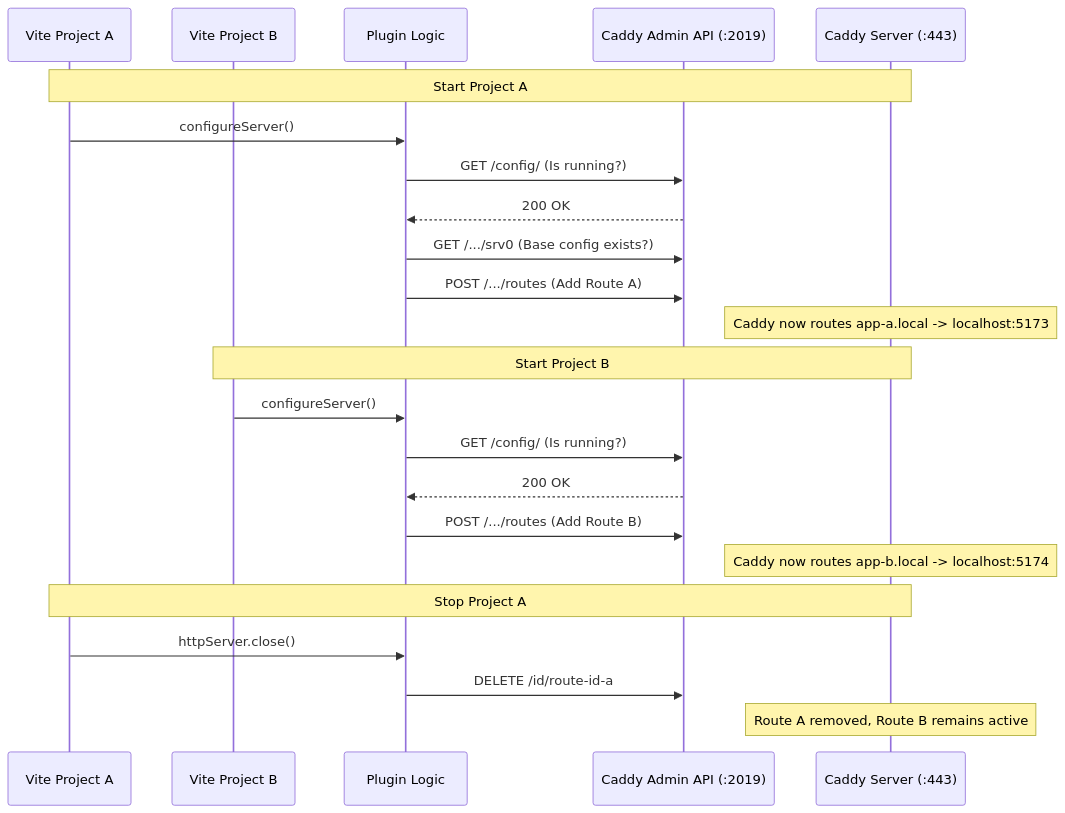
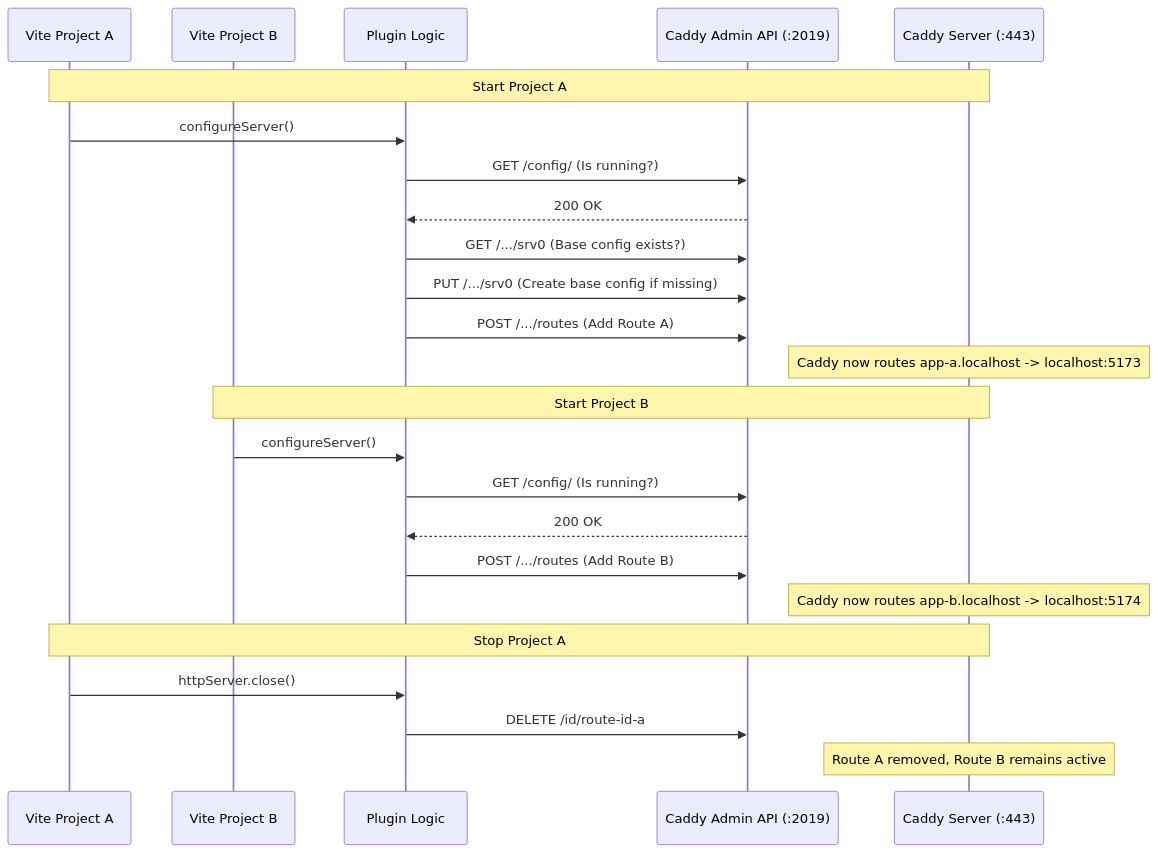
One commit to vampaz/vite-plugin-caddy-multiple-tls changed the diagram in ARCHITECTURE.md. Above: the diagram before and after it, drawn with Mermaid. The commit also changed other lines of this file and 1 other file, not shown here.

Commit message:
Update documentation for localhost domains and cleanup processes

````diff
--- a/ARCHITECTURE.md
+++ b/ARCHITECTURE.md
@@ -15,28 +15,29 @@
 ```mermaid
 sequenceDiagram
     participant ViteA as Vite Project A
     participant ViteB as Vite Project B
     participant Plugin as Plugin Logic
     participant API as Caddy Admin API (:2019)
     participant Caddy as Caddy Server (:443)
 
     Note over ViteA, Caddy: Start Project A
     ViteA->>Plugin: configureServer()
     Plugin->>API: GET /config/ (Is running?)
     API-->>Plugin: 200 OK
     Plugin->>API: GET /.../srv0 (Base config exists?)
+    Plugin->>API: PUT /.../srv0 (Create base config if missing)
     Plugin->>API: POST /.../routes (Add Route A)
-    Note over Caddy: Caddy now routes app-a.local -> localhost:5173
+    Note over Caddy: Caddy now routes app-a.localhost -> localhost:5173
 
     Note over ViteB, Caddy: Start Project B
     ViteB->>Plugin: configureServer()
     Plugin->>API: GET /config/ (Is running?)
     API-->>Plugin: 200 OK
     Plugin->>API: POST /.../routes (Add Route B)
-    Note over Caddy: Caddy now routes app-b.local -> localhost:5174
+    Note over Caddy: Caddy now routes app-b.localhost -> localhost:5174
 
     Note over ViteA, Caddy: Stop Project A
     ViteA->>Plugin: httpServer.close()
     Plugin->>API: DELETE /id/route-id-a
     Note over Caddy: Route A removed, Route B remains active
 ```
````
